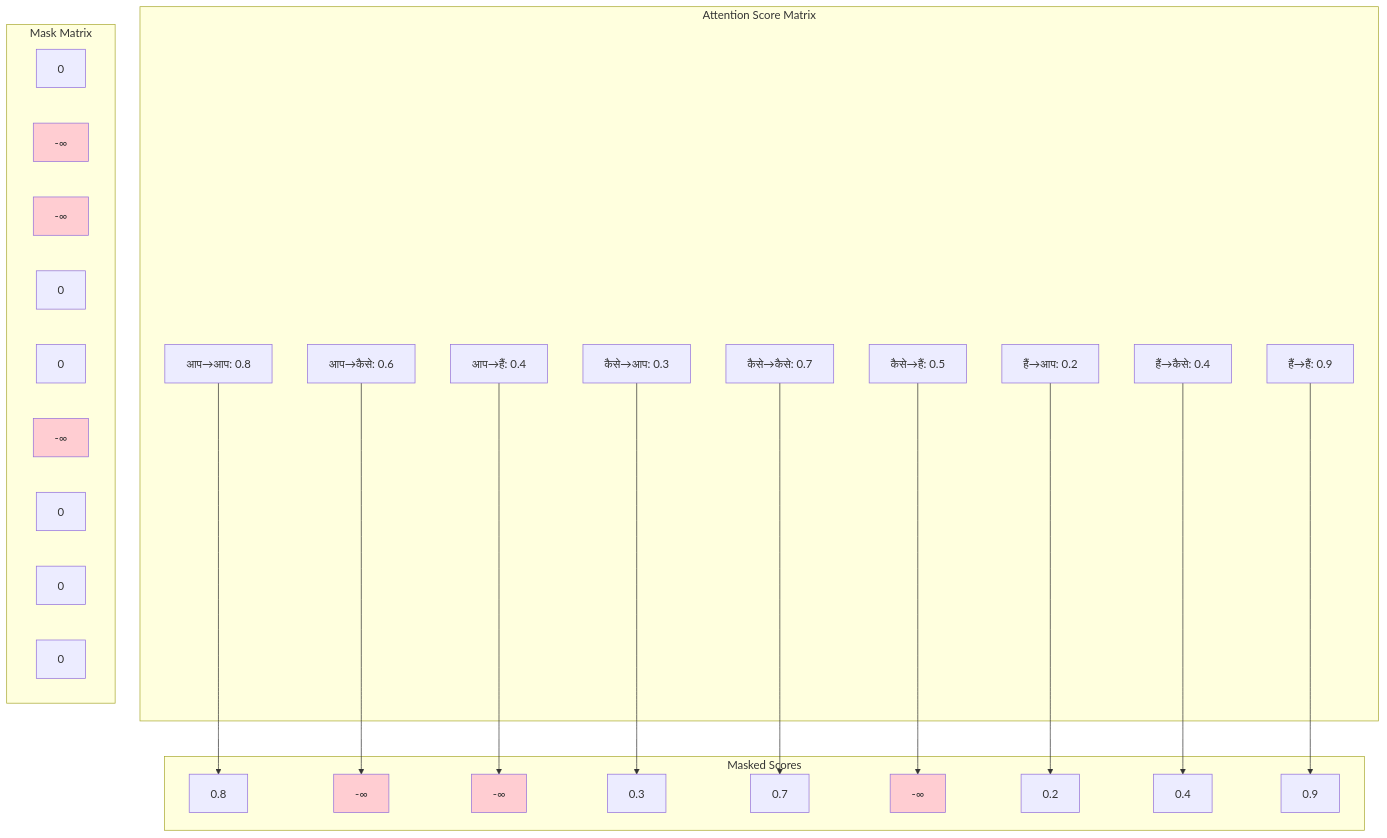
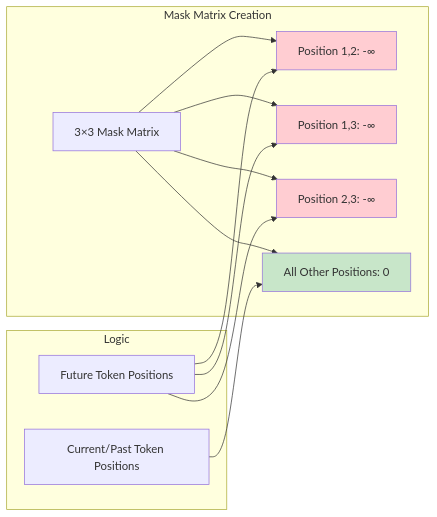
Before and after one commit to Sankhyesh/AI-Learning-Roadmap-2024: diagram 17 of 55 in CampusX/100-days-deep-learning/81-masked-multi-head-attention-transformer-decoder.md, drawn with Mermaid. The commit also changed other lines of this file, not shown here.

````diff
--- a/CampusX/100-days-deep-learning/81-masked-multi-head-attention-transformer-decoder.md
+++ b/CampusX/100-days-deep-learning/81-masked-multi-head-attention-transformer-decoder.md
@@ -191,55 +671,24 @@
 ```mermaid
-graph TD
-    subgraph "Attention Score Matrix"
-        A1[आप→आप: 0.8]
-        A2[आप→कैसे: 0.6]
-        A3[आप→हैं: 0.4]
-        B1[कैसे→आप: 0.3]
-        B2[कैसे→कैसे: 0.7]
-        B3[कैसे→हैं: 0.5]
-        C1[हैं→आप: 0.2]
-        C2[हैं→कैसे: 0.4]
-        C3[हैं→हैं: 0.9]
+graph LR
+    subgraph "Mask Matrix Creation"
+        A[3×3 Mask Matrix] --> B[Position 1,2: -∞]
+        A --> C[Position 1,3: -∞]  
+        A --> D[Position 2,3: -∞]
+        A --> E[All Other Positions: 0]
     end
     
-    subgraph "Mask Matrix"
-        M1[0]
-        M2[-∞]
-        M3[-∞]
-        M4[0]
-        M5[0]
-        M6[-∞]
-        M7[0]
-        M8[0]
-        M9[0]
+    subgraph "Logic"
+        F[Future Token Positions]
+        G[Current/Past Token Positions]
+        
+        F --> B
+        F --> C
+        F --> D
+        G --> E
     end
     
-    subgraph "Masked Scores"
-        R1[0.8]
-        R2[-∞]
-        R3[-∞]
-        R4[0.3]
-        R5[0.7]
-        R6[-∞]
-        R7[0.2]
-        R8[0.4]
-        R9[0.9]
-    end
-    
-    A1 --> R1
-    A2 --> R2
-    A3 --> R3
-    B1 --> R4
-    B2 --> R5
-    B3 --> R6
-    C1 --> R7
-    C2 --> R8
-    C3 --> R9
-    
-    style M2 fill:#ffcdd2
-    style M3 fill:#ffcdd2
-    style M6 fill:#ffcdd2
-    style R2 fill:#ffcdd2
-    style R3 fill:#ffcdd2
-    style R6 fill:#ffcdd2
+    style B fill:#ffcdd2
+    style C fill:#ffcdd2
+    style D fill:#ffcdd2
+    style E fill:#c8e6c9
 ```
````
